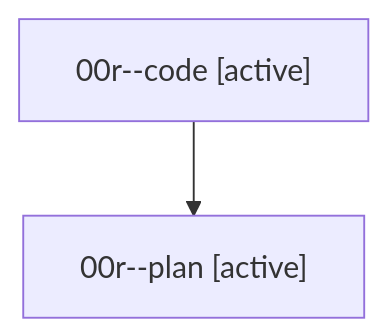
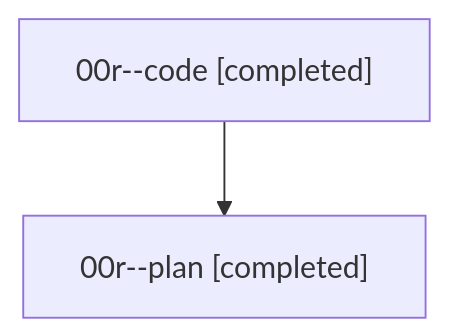
One commit to bobs-org/bob-cli--agents changed the diagram in families/bbugyi200.athena.00r.md. Above: the diagram before and after it, drawn with Mermaid. The commit also changed other lines of this file and 29 other files, not shown here.

````diff
--- a/families/bbugyi200.athena.00r.md
+++ b/families/bbugyi200.athena.00r.md
@@ -9,6 +9,6 @@
 ```mermaid
 flowchart TD
-  n0["00r--code [active]"]
-  n1["00r--plan [active]"]
+  n0["00r--code [completed]"]
+  n1["00r--plan [completed]"]
   n0 --> n1
 ```
````
